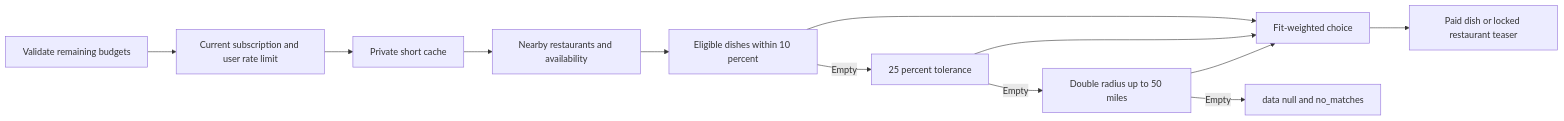
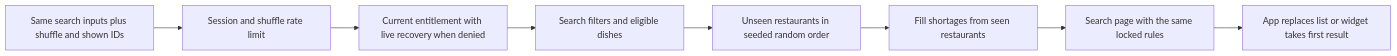
One commit to dgmolla/fitsy changed the second of 2 diagrams in docs/engineering/architecture/api-reference.md. Above: the diagram before and after it, drawn with Mermaid. The commit also changed other lines of this file and 43 other files, not shown here.

Commit message:
Rework shuffle as a search mode: a fresh set of ~20 restaurants (#583)

````diff
--- a/docs/engineering/architecture/api-reference.md
+++ b/docs/engineering/architecture/api-reference.md
@@ -273,14 +270,10 @@
 ```mermaid
 flowchart LR
-    A[Validate remaining budgets] --> B[Current subscription and user rate limit]
-    B --> C[Private short cache]
-    C --> D[Nearby restaurants and availability]
-    D --> E[Eligible dishes within 10 percent]
-    E -->|Empty| F[25 percent tolerance]
-    F -->|Empty| G[Double radius up to 50 miles]
-    E --> H[Fit-weighted choice]
-    F --> H
-    G --> H
-    H --> I[Paid dish or locked restaurant teaser]
-    G -->|Empty| J[data null and no_matches]
+    A[Same search inputs plus shuffle and shown IDs] --> B[Session and shuffle rate limit]
+    B --> C[Current entitlement with live recovery when denied]
+    C --> D[Search filters and eligible dishes]
+    D --> E[Unseen restaurants in seeded random order]
+    E --> F[Fill shortages from seen restaurants]
+    F --> G[Search page with the same locked rules]
+    G --> H[App replaces list or widget takes first result]
 ```
````
